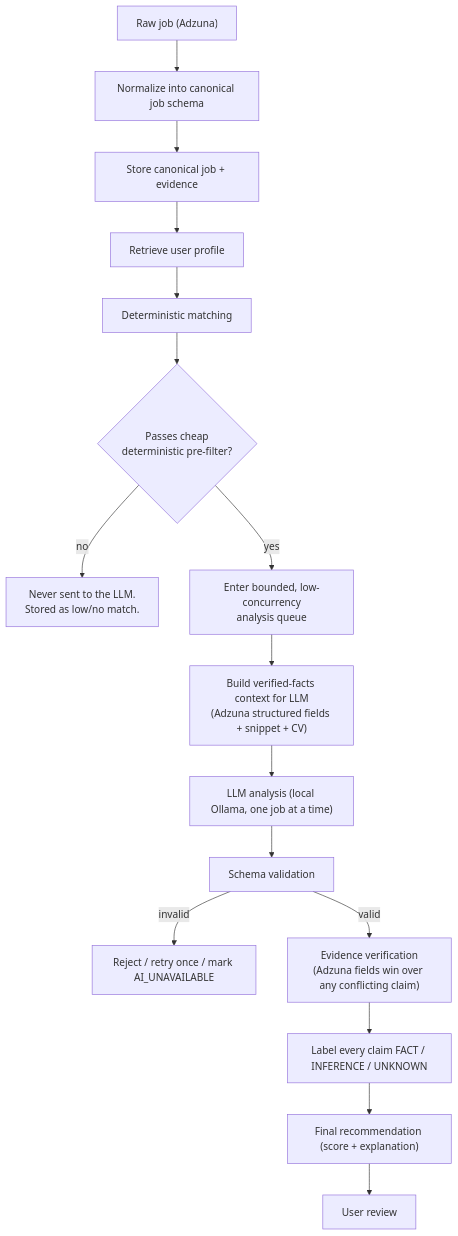
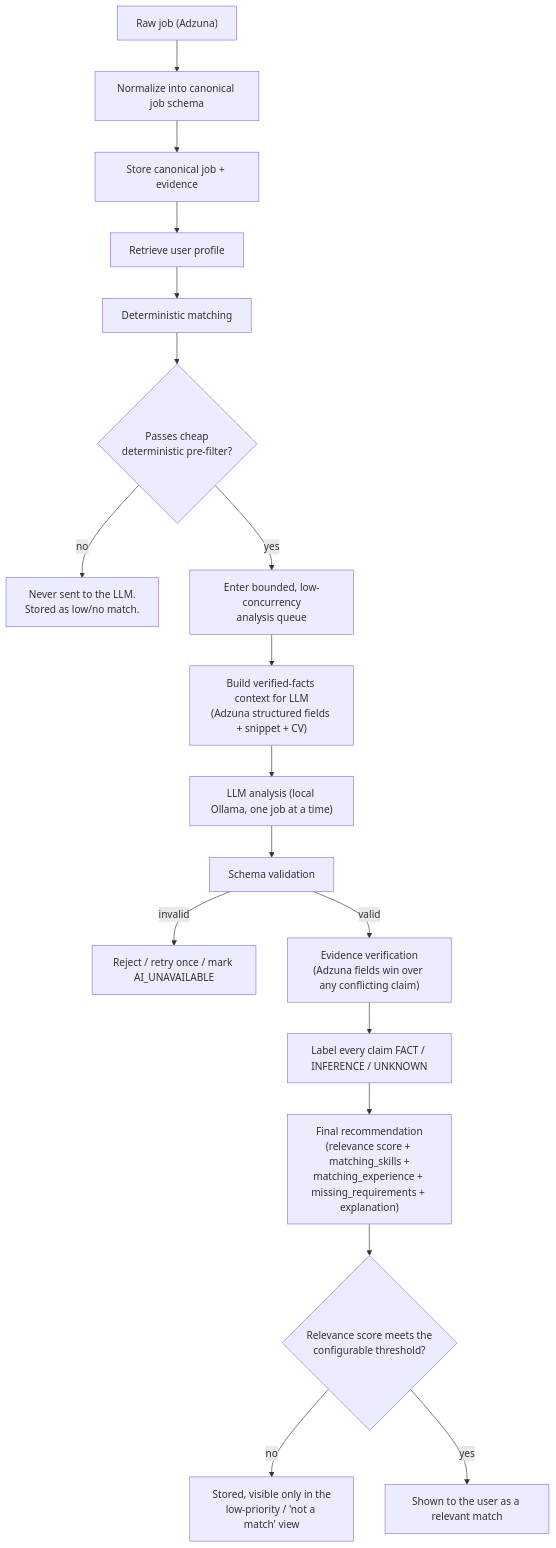
One commit to wassimrahoui/adhd-job-agent changed the first of 4 diagrams in docs/02-ai-and-matching-architecture.md. Above: the diagram before and after it, drawn with Mermaid. The commit also changed other lines of this file and 5 other files, not shown here.

````diff
--- a/docs/02-ai-and-matching-architecture.md
+++ b/docs/02-ai-and-matching-architecture.md
@@ -5,18 +5,20 @@
 ```mermaid
 flowchart TD
     RAW["Raw job (Adzuna)"] --> NORMALIZE["Normalize into canonical job schema"]
     NORMALIZE --> STORE["Store canonical job + evidence"]
     STORE --> PROFILE["Retrieve user profile"]
     PROFILE --> DETMATCH["Deterministic matching"]
     DETMATCH --> PREFILTER{"Passes cheap\ndeterministic pre-filter?"}
     PREFILTER -->|no| SKIP["Never sent to the LLM.\nStored as low/no match."]
     PREFILTER -->|yes| QUEUE["Enter bounded, low-concurrency\nanalysis queue"]
     QUEUE --> CONTEXT["Build verified-facts context for LLM\n(Adzuna structured fields + snippet + CV)"]
     CONTEXT --> LLM["LLM analysis (local Ollama, one job at a time)"]
     LLM --> SCHEMA["Schema validation"]
     SCHEMA -->|invalid| REJECT["Reject / retry once / mark AI_UNAVAILABLE"]
     SCHEMA -->|valid| VERIFY["Evidence verification\n(Adzuna fields win over any conflicting claim)"]
     VERIFY --> LABEL["Label every claim FACT / INFERENCE / UNKNOWN"]
-    LABEL --> FINAL["Final recommendation (score + explanation)"]
-    FINAL --> REVIEW["User review"]
+    LABEL --> FINAL["Final recommendation\n(relevance score + matching_skills +\nmatching_experience + missing_requirements + explanation)"]
+    FINAL --> THRESHOLD{"Relevance score meets the\nconfigurable threshold?"}
+    THRESHOLD -->|no| LOWPRI["Stored, visible only in the\nlow-priority / 'not a match' view"]
+    THRESHOLD -->|yes| REVIEW["Shown to the user as a relevant match"]
 ```
````
